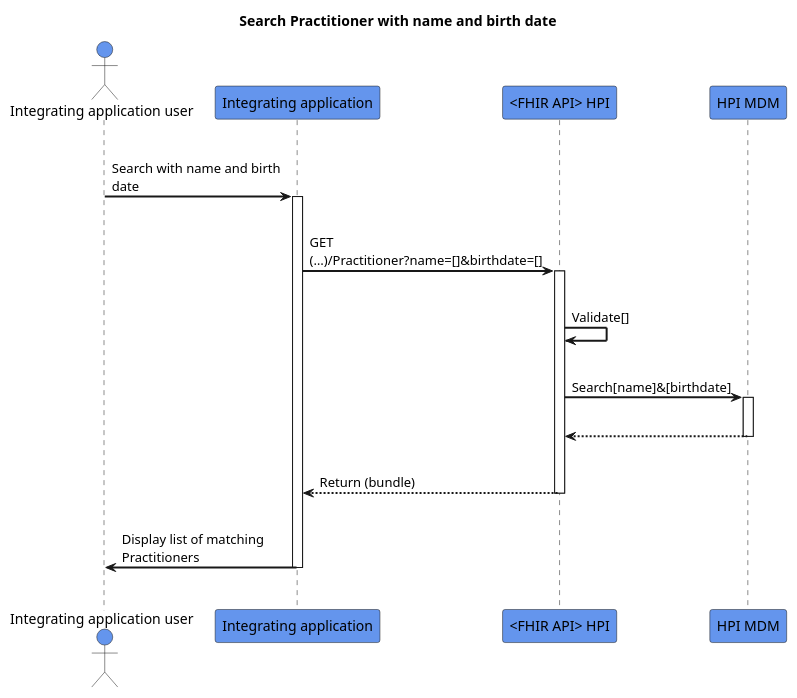
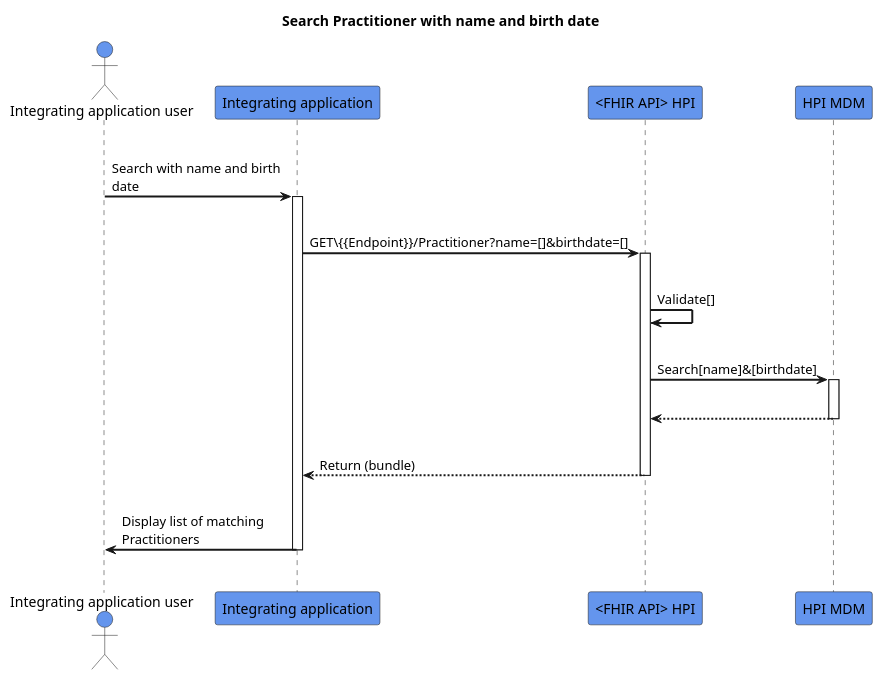
One commit to HL7NZ/hpi changed the diagram in input/images-source/search-practitionerwithnamebirthdate.plantuml. Above: the diagram before and after it, drawn with PlantUML.

```diff
--- a/input/images-source/search-practitionerwithnamebirthdate.plantuml
+++ b/input/images-source/search-practitionerwithnamebirthdate.plantuml
@@ -1,32 +1,32 @@
 @startuml
 skinparam sequenceArrowThickness 2
 skinparam roundcorner 5
 skinparam maxmessagesize 180
 skinparam sequenceParticipant bold
 title Search Practitioner with name and birth date
 actor "Integrating application user" as User #CornflowerBlue
 participant "Integrating application" as A #CornflowerBlue
 participant "<FHIR API> HPI" as B #CornflowerBlue
 participant "HPI MDM" as C #CornflowerBlue
 |||
 User -> A: Search with name and birth date
 activate A
 |||
-A -> B: GET (…)/Practitioner?name=[]&birthdate=[]
+A -> B: GET\{{Endpoint}}/Practitioner?name=[]&birthdate=[]
 activate B
 |||
 B -> B: Validate[]
 |||
 B -> C: Search[name]&[birthdate]
 activate C
 |||
 C -[dashed]-> B:  
 deactivate C
 |||
 B -[dashed]-> A:Return (bundle)
 deactivate B
 |||
 A -> User: Display list of matching Practitioners
 deactivate A
 |||
 @enduml
```
